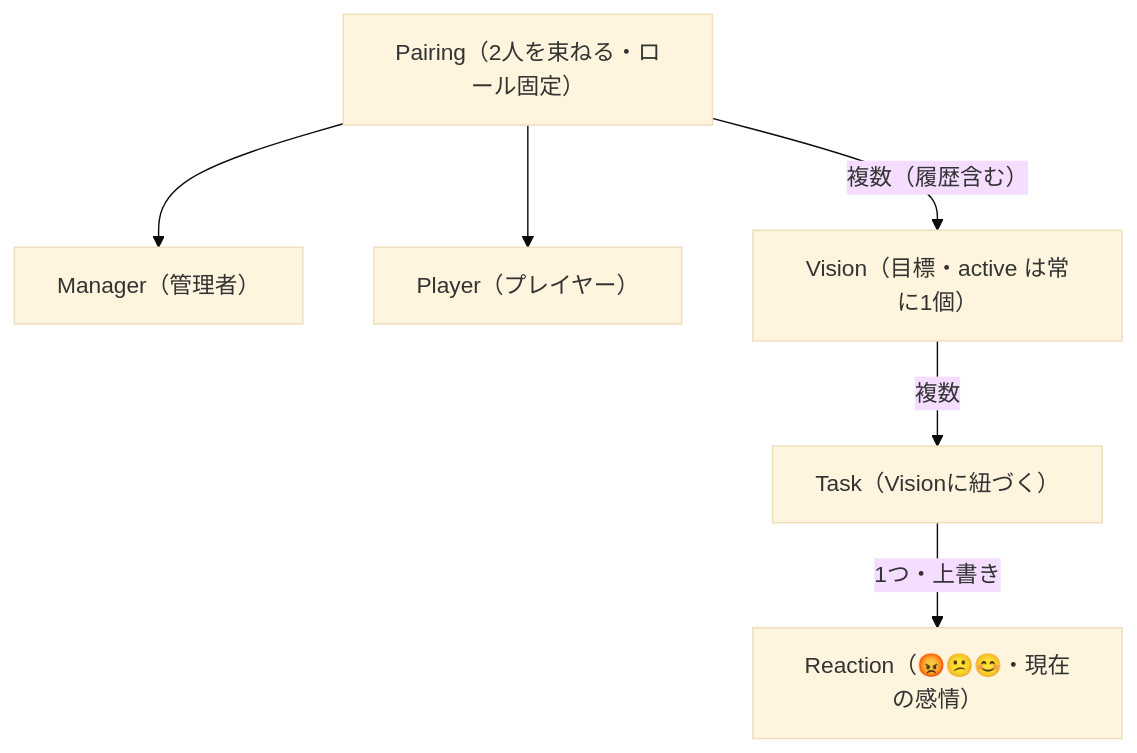
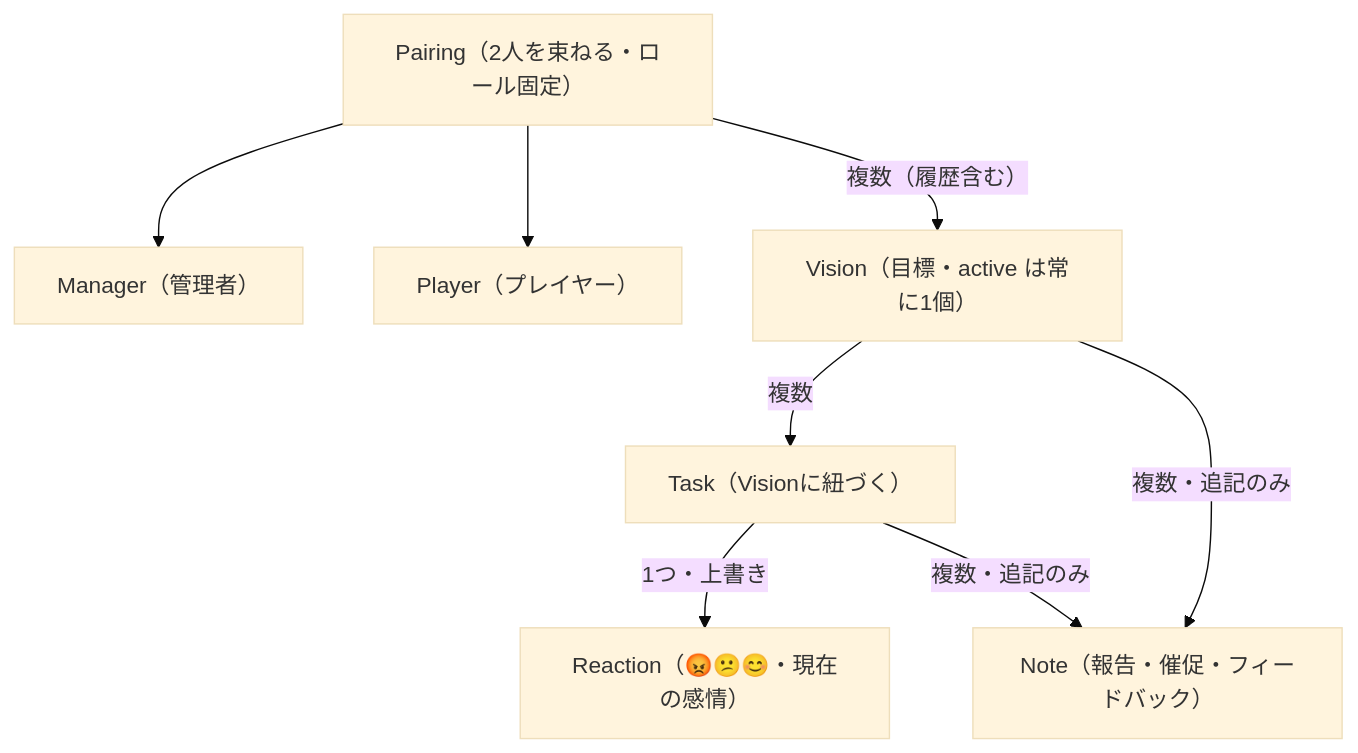
One commit to FujimoriGit/PairCommit changed the first of 3 diagrams in design.md. Above: the diagram before and after it, drawn with Mermaid (base theme). The commit also changed other lines of this file, not shown here.

Commit message:
ひとこと（状況報告・催促・フィードバック）の設計を design.md に書く

````diff
--- a/design.md
+++ b/design.md
@@ -164,15 +178,18 @@
 ```mermaid
 graph TD
     Pairing["Pairing（2人を束ねる・ロール固定）"]
     Manager["Manager（管理者）"]
     Player["Player（プレイヤー）"]
     Vision["Vision（目標・active は常に1個）"]
     Task["Task（Visionに紐づく）"]
     Reaction["Reaction（😡😕😊・現在の感情）"]
+    Note["Note（報告・催促・フィードバック）"]
 
     Pairing --> Manager
     Pairing --> Player
     Pairing -->|"複数（履歴含む）"| Vision
     Vision -->|"複数"| Task
     Task -->|"1つ・上書き"| Reaction
+    Vision -->|"複数・追記のみ"| Note
+    Task -->|"複数・追記のみ"| Note
 ```
````
